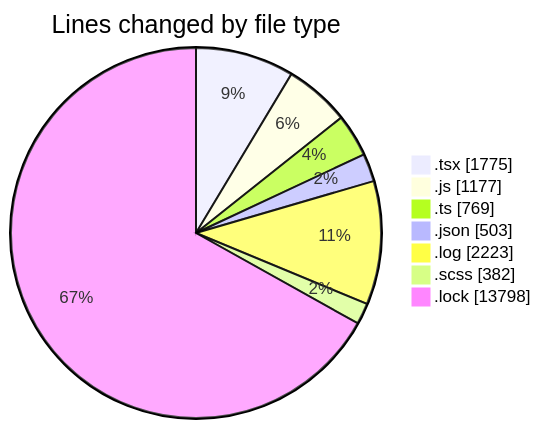
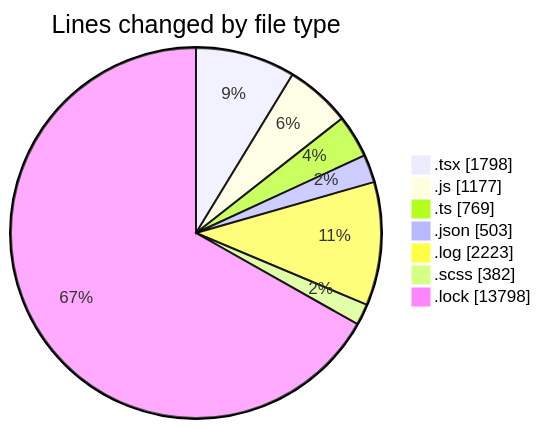
One commit to momahboobian/code-tracking changed the first of 2 diagrams in 2026-04-17/cda/README.md. Above: the diagram before and after it, drawn with Mermaid. The commit also changed other lines of this file and 1 other file, not shown here.

````diff
--- a/2026-04-17/cda/README.md
+++ b/2026-04-17/cda/README.md
@@ -46,11 +46,11 @@
 ```mermaid
 pie showData
 title Lines changed by file type
-".tsx" : 1775
+".tsx" : 1798
 ".js" : 1177
 ".ts" : 769
 ".json" : 503
 ".log" : 2223
 ".scss" : 382
 ".lock" : 13798
 ```
````
